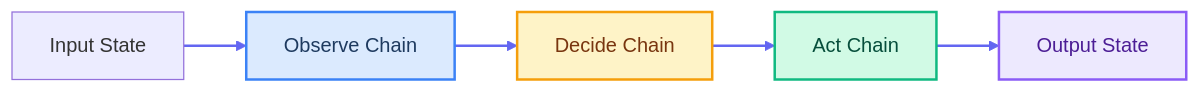
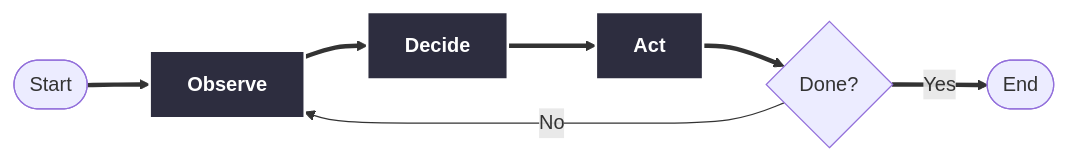
One commit to ebinzacharias/ez-agentic-study-buddy changed the third of 3 diagrams in ARCHITECTURE.md. Above: the diagram before and after it, drawn with Mermaid. The commit also changed other lines of this file and 2 other files, not shown here.

````diff
--- a/ARCHITECTURE.md
+++ b/ARCHITECTURE.md
@@ -484,14 +186,13 @@
 ```mermaid
 flowchart LR
-    style Observe fill:#DBEAFE,stroke:#3B82F6,stroke-width:2px,color:#1E3A5F
-    style Decide fill:#FEF3C7,stroke:#F59E0B,stroke-width:2px,color:#78350F
-    style Act fill:#D1FAE5,stroke:#10B981,stroke-width:2px,color:#064E3B
-    style Output fill:#EDE9FE,stroke:#8B5CF6,stroke-width:2px,color:#4C1D95
+    classDef phase fill:#2D2D3F,stroke:#FFFFFF,stroke-width:2px,color:#FFFFFF,font-weight:bold
 
-    linkStyle default stroke:#6366F1,stroke-width:2px
+    Start([Start]) ==> Observe[Observe]
+    Observe ==> Decide[Decide]
+    Decide ==> Act[Act]
+    Act ==> Check{Done?}
+    Check -->|No| Observe
+    Check ==>|Yes| End([End])
 
-    Input[Input State] --> Observe[Observe Chain]
-    Observe --> Decide[Decide Chain]
-    Decide --> Act[Act Chain]
-    Act --> Output[Output State]
+    class Observe,Decide,Act phase
 ```
````
